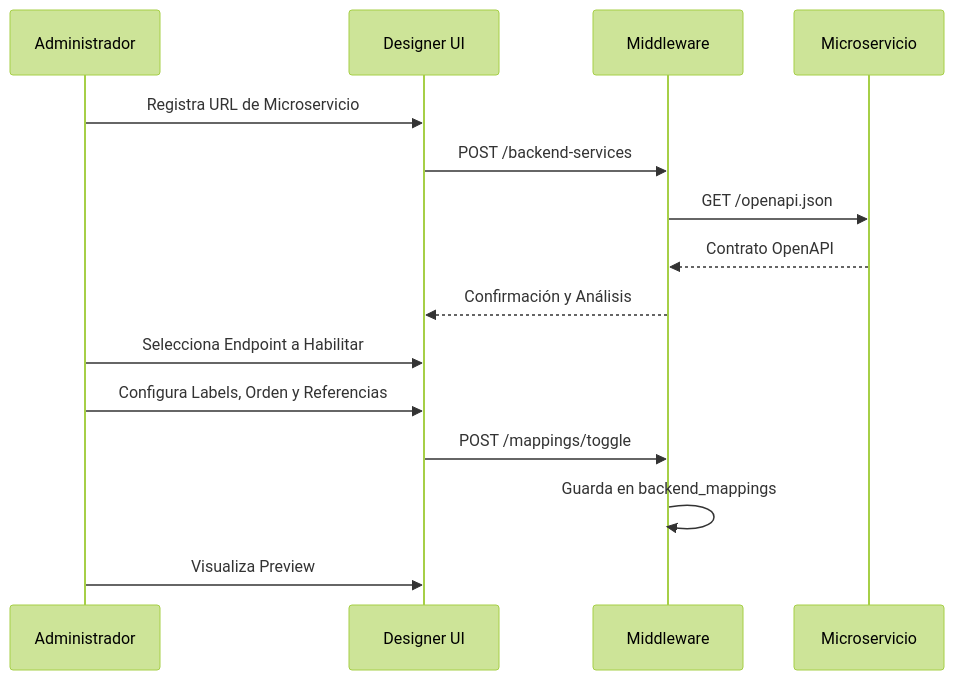
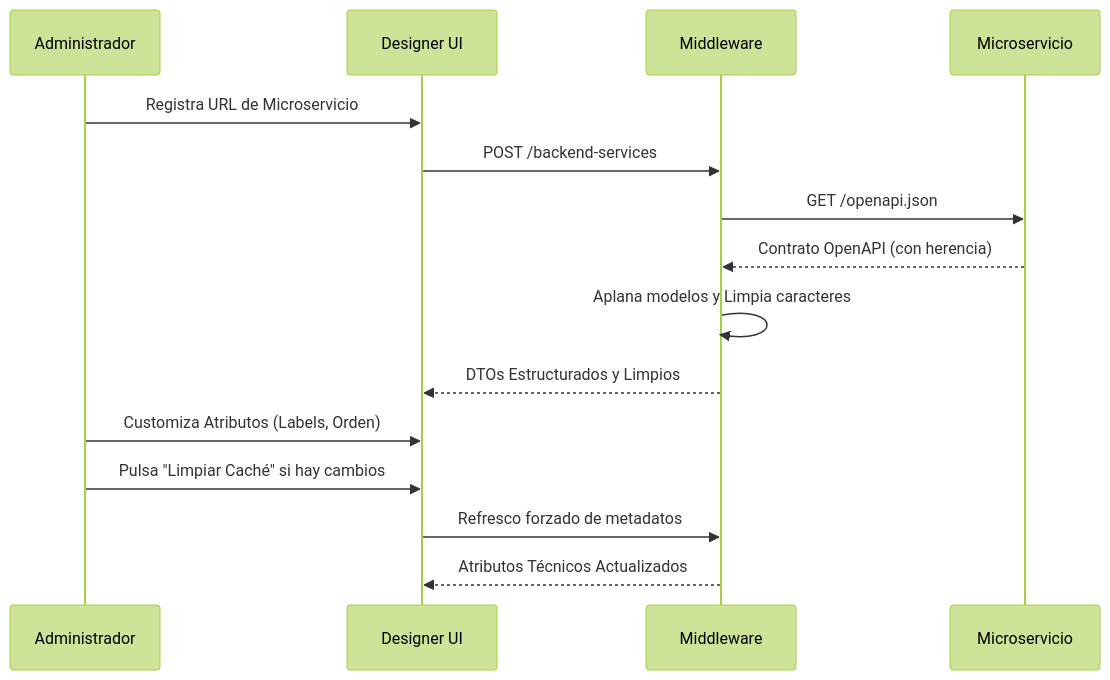
One commit to GabrielAlejandroArroyo/MiddlewareDesigner changed the second of 2 diagrams in documentacion/arquitectura/general.md. Above: the diagram before and after it, drawn with Mermaid (forest theme). The commit also changed other lines of this file and 6 other files, not shown here.

````diff
--- a/documentacion/arquitectura/general.md
+++ b/documentacion/arquitectura/general.md
@@ -51,18 +50,18 @@
 ```mermaid
 sequenceDiagram
     participant Admin as Administrador
     participant MFE as Designer UI
     participant MW as Middleware
     participant SVC as Microservicio
 
     Admin->>MFE: Registra URL de Microservicio
     MFE->>MW: POST /backend-services
     MW->>SVC: GET /openapi.json
-    SVC-->>MW: Contrato OpenAPI
-    MW-->>MFE: Confirmación y Análisis
-    Admin->>MFE: Selecciona Endpoint a Habilitar
-    Admin->>MFE: Configura Labels, Orden y Referencias
-    MFE->>MW: POST /mappings/toggle
-    MW->>MW: Guarda en backend_mappings
-    Admin->>MFE: Visualiza Preview
+    SVC-->>MW: Contrato OpenAPI (con herencia)
+    MW->>MW: Aplana modelos y Limpia caracteres
+    MW-->>MFE: DTOs Estructurados y Limpios
+    Admin->>MFE: Customiza Atributos (Labels, Orden)
+    Admin->>MFE: Pulsa "Limpiar Caché" si hay cambios
+    MFE->>MW: Refresco forzado de metadatos
+    MW-->>MFE: Atributos Técnicos Actualizados
 ```
````
